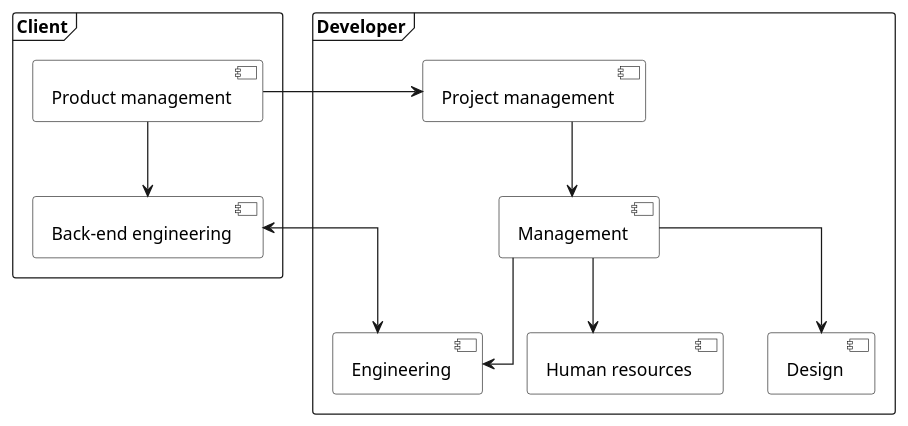
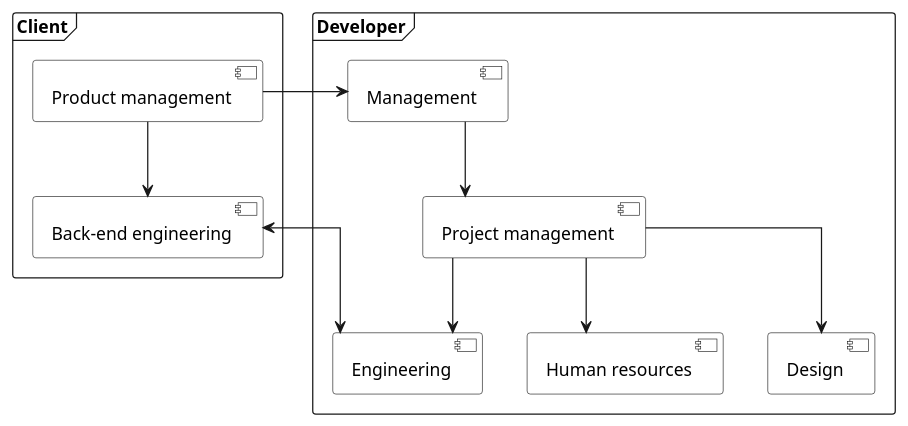
One commit to thorlindberg/thesis changed the diagram in dissertation/4 background.md. Above: the diagram before and after it, drawn with PlantUML. The commit also changed other lines of this file, not shown here.

Commit message:
Update 4 background.md

```diff
--- a/dissertation/4 background.md
+++ b/dissertation/4 background.md
@@ -9,35 +9,35 @@
 @startuml
 
 skinparam linetype ortho
 
 <style>
 componentDiagram {
     BackGroundColor transparent
     frame {
         BackGroundColor white
     }
     component {
         BackGroundColor white
     }
     database {
         BackGroundColor white
     }
 }
 </style>
 
 frame Client {
     [Product management] -down-> [Back-end engineering]
 }
 
 frame Developer {
-    [Project management] -down-> [Management]
-    [Management] -down-> [Human resources]
-    [Management] -down-> [Engineering]
-    [Management] -down-> [Design]
+    [Management] -down-> [Project management]
+    [Project management] -down-> [Human resources]
+    [Project management] -down-> [Engineering]
+    [Project management] -down-> [Design]
 }
 
-[Product management] -right-> [Project management]
+[Product management] -right-> [Management]
 
 [Back-end engineering] <-right-> [Engineering]
 
 @enduml
```
